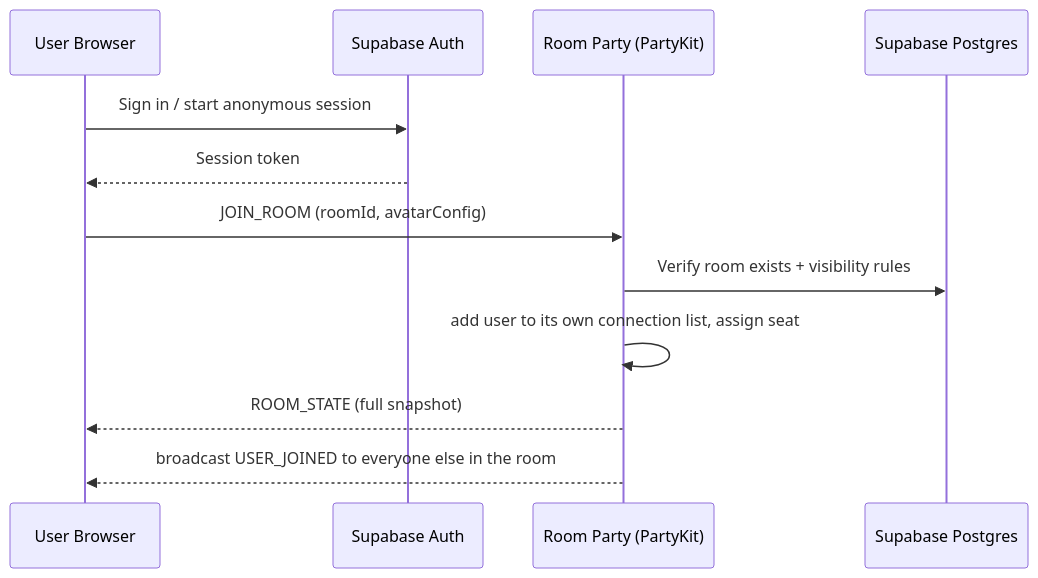
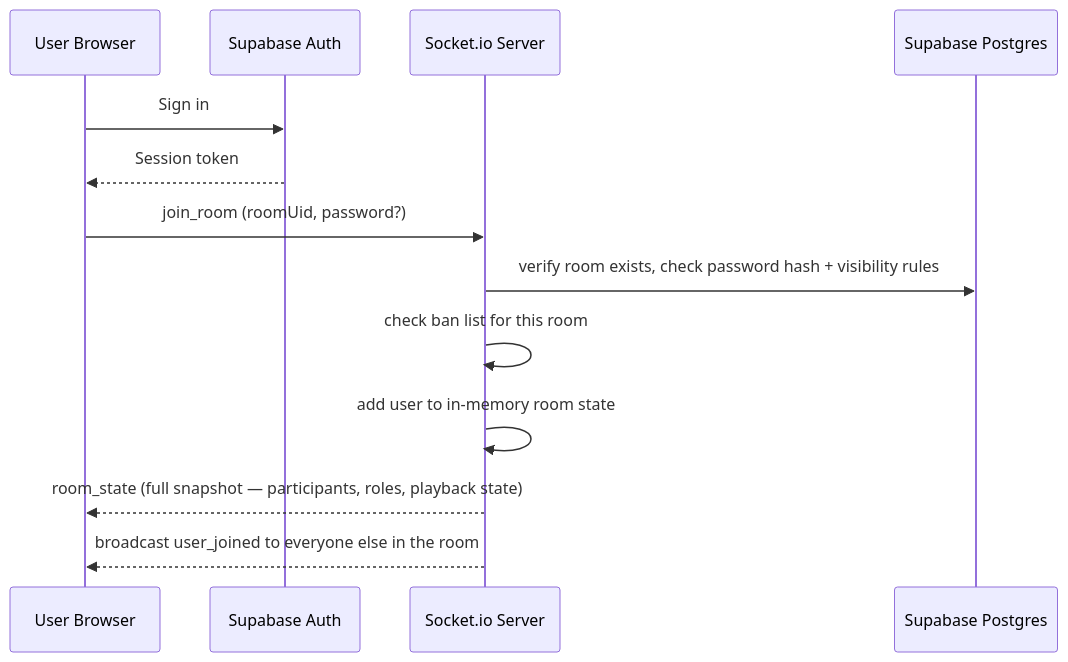
The second of 4 diagrams in .cursor/rules/watchly-system-design.md (muhammedbarghou/watchly-party), drawn with Mermaid before and after one commit. The commit also changed other lines of this file and 66 other files, not shown here.

````diff
--- a/.cursor/rules/watchly-system-design.md
+++ b/.cursor/rules/watchly-system-design.md
@@ -78,15 +75,16 @@
 ```mermaid
 sequenceDiagram
   participant U as User Browser
   participant A as Supabase Auth
-  participant P as Room Party (PartyKit)
+  participant S as Socket.io Server
   participant D as Supabase Postgres
 
-  U->>A: Sign in / start anonymous session
+  U->>A: Sign in
   A-->>U: Session token
-  U->>P: JOIN_ROOM (roomId, avatarConfig)
-  P->>D: Verify room exists + visibility rules
-  P->>P: add user to its own connection list, assign seat
-  P-->>U: ROOM_STATE (full snapshot)
-  P-->>U: broadcast USER_JOINED to everyone else in the room
+  U->>S: join_room (roomUid, password?)
+  S->>D: verify room exists, check password hash + visibility rules
+  S->>S: check ban list for this room
+  S->>S: add user to in-memory room state
+  S-->>U: room_state (full snapshot — participants, roles, playback state)
+  S-->>U: broadcast user_joined to everyone else in the room
 ```
````
